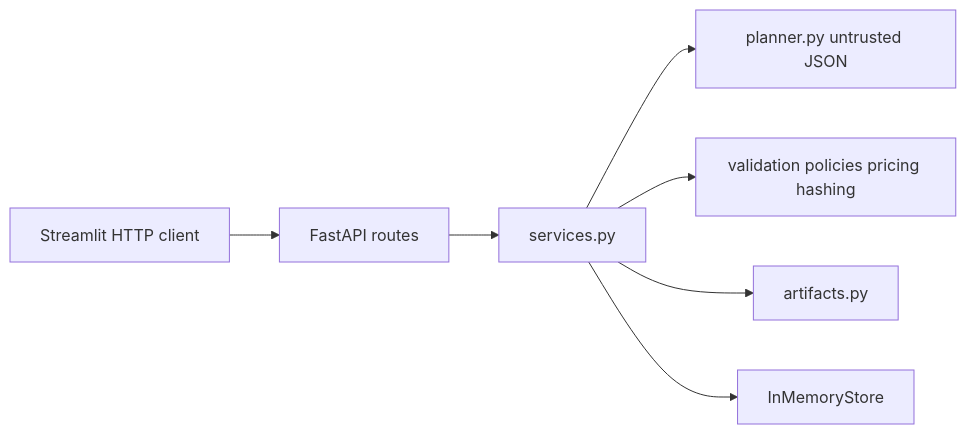
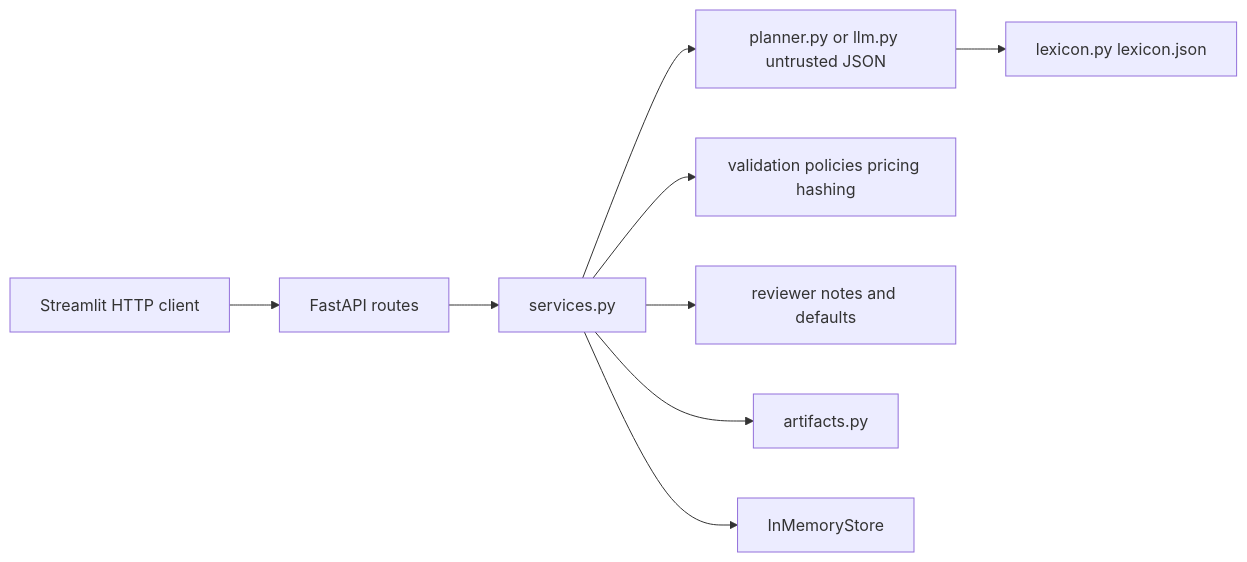
The first of 2 diagrams in ARCHITECTURE.md (maharatha/Prompt2Provisioning), drawn with Mermaid before and after one commit. The commit also changed other lines of this file and 4 other files, not shown here.

First line of the commit message:
Bring the README, the in-app Read me, the architecture note, the workflow page, and the agent rules up to date with the DevOps planner, reviewer notes, guardrails, and review UI.

````diff
--- a/ARCHITECTURE.md
+++ b/ARCHITECTURE.md
@@ -52,9 +54,11 @@
 ```mermaid
 flowchart LR
   UI["Streamlit HTTP client"] --> API["FastAPI routes"]
   API --> Svc["services.py"]
-  Svc --> Planner["planner.py untrusted JSON"]
+  Svc --> Planner["planner.py or llm.py untrusted JSON"]
+  Planner --> Lexicon["lexicon.py lexicon.json"]
   Svc --> Det["validation policies pricing hashing"]
+  Svc --> Notes["reviewer notes and defaults"]
   Svc --> Art["artifacts.py"]
   Svc --> Store["InMemoryStore"]
 ```
````
